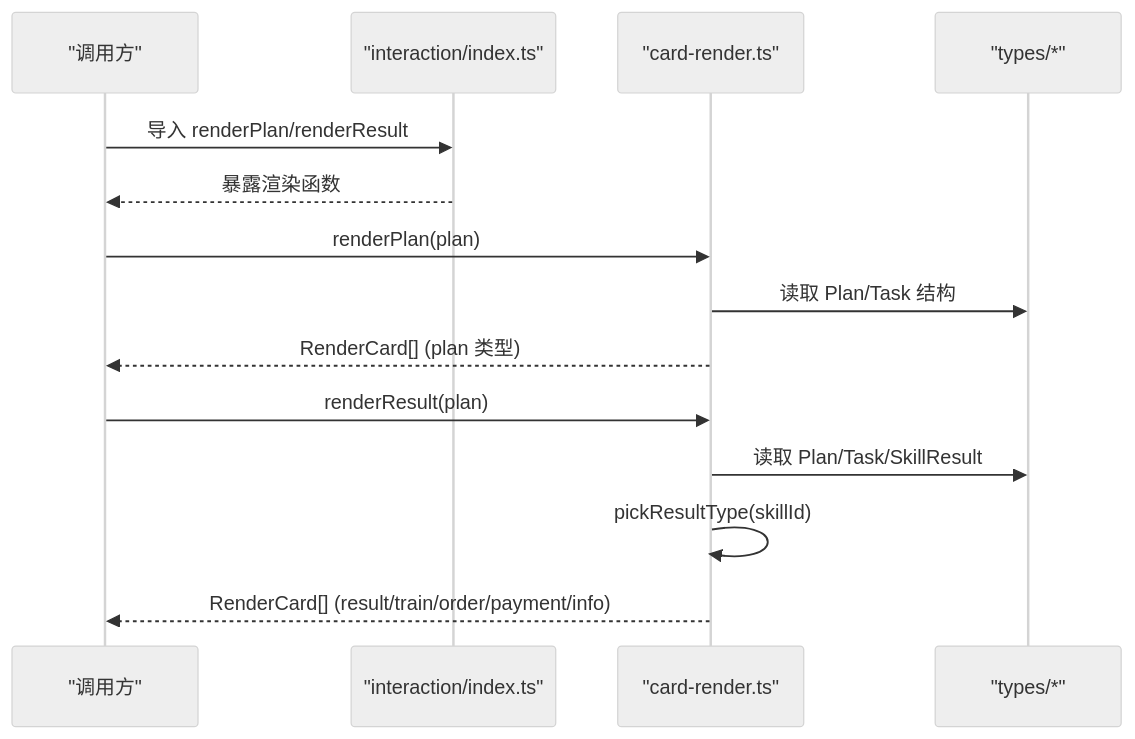
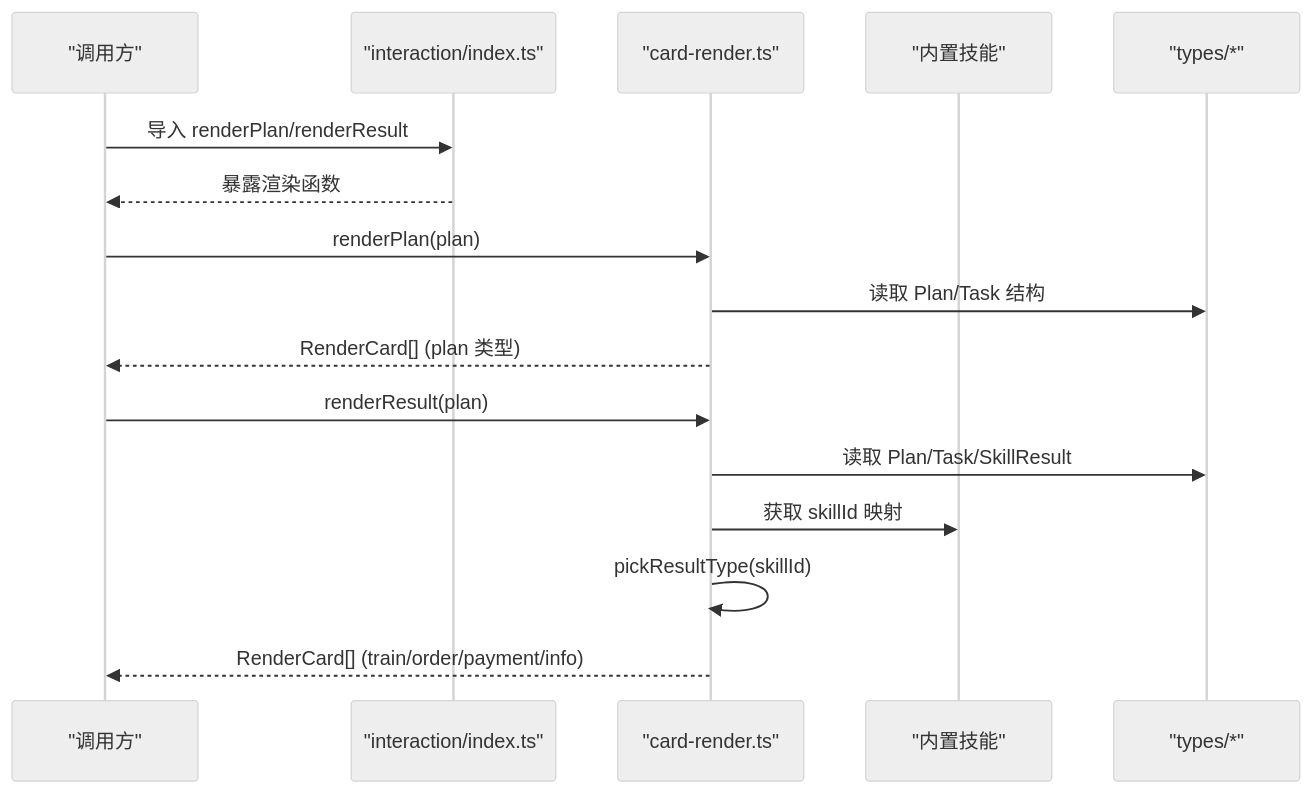
The second of 6 diagrams in .qoder/repowiki/zh/content/用户界面/交互层设计/卡片渲染引擎.md (Ichi-Hackton/WAIC-WeChat-MiniProgram), drawn with Mermaid (neutral theme) before and after one commit. The commit also changed other lines of this file and 33 other files, not shown here.

````diff
--- a/.qoder/repowiki/zh/content/用户界面/交互层设计/卡片渲染引擎.md
+++ b/.qoder/repowiki/zh/content/用户界面/交互层设计/卡片渲染引擎.md
@@ -78,16 +105,18 @@
 ```mermaid
 sequenceDiagram
 participant Caller as "调用方"
 participant IDX as "interaction/index.ts"
 participant CR as "card-render.ts"
+participant Skills as "内置技能"
 participant Types as "types/*"
 Caller->>IDX : 导入 renderPlan/renderResult
 IDX-->>Caller : 暴露渲染函数
 Caller->>CR : renderPlan(plan)
 CR->>Types : 读取 Plan/Task 结构
 CR-->>Caller : RenderCard[] (plan 类型)
 Caller->>CR : renderResult(plan)
 CR->>Types : 读取 Plan/Task/SkillResult
+CR->>Skills : 获取 skillId 映射
 CR->>CR : pickResultType(skillId)
-CR-->>Caller : RenderCard[] (result/train/order/payment/info)
+CR-->>Caller : RenderCard[] (train/order/payment/info)
 ```
````
